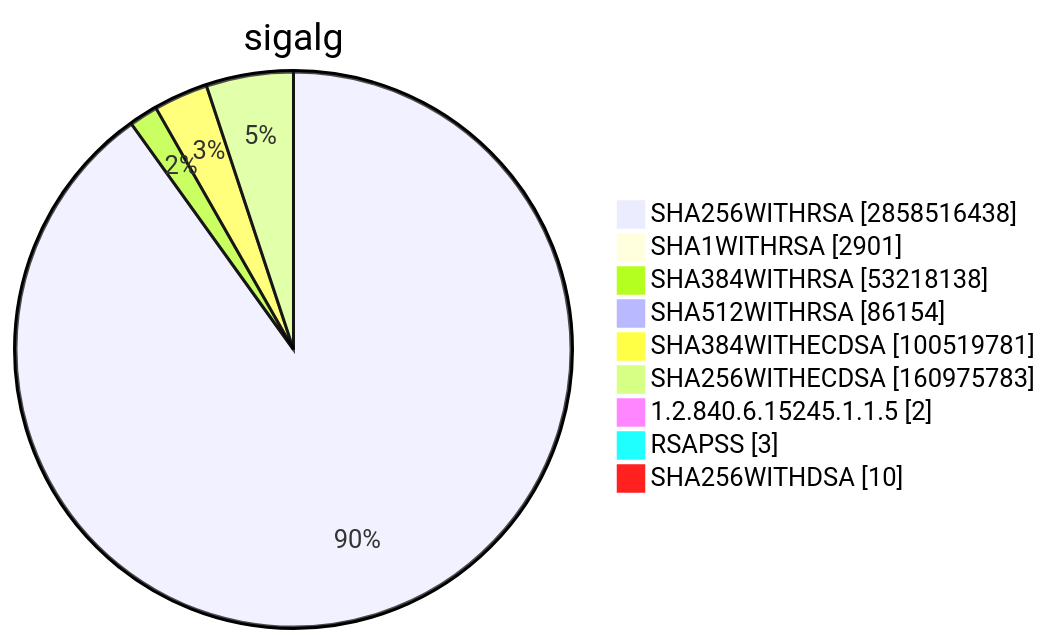
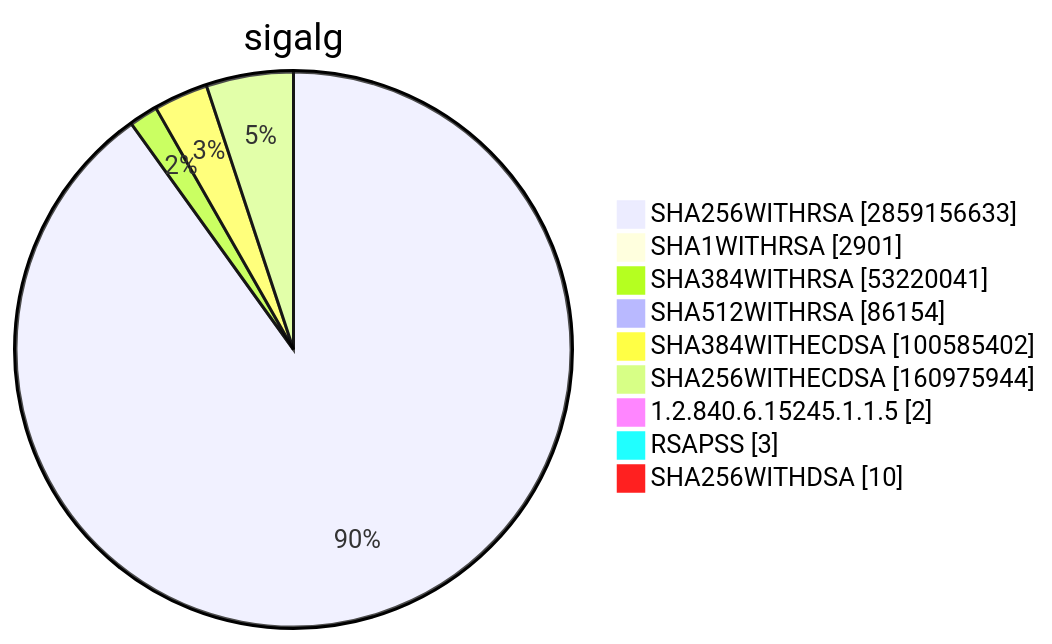
Diagram 15 of 15 in TOTAL/README.md (christiankrug/ctmonitor_visualization), drawn with Mermaid before and after one commit. The commit also changed other lines of this file, not shown here.

````diff
--- a/TOTAL/README.md
+++ b/TOTAL/README.md
@@ -6207,13 +6207,13 @@
 ```mermaid
 pie showData
 title sigalg
-"SHA256WITHRSA" :2858516438
+"SHA256WITHRSA" :2859156633
 "SHA1WITHRSA" :2901
-"SHA384WITHRSA" :53218138
+"SHA384WITHRSA" :53220041
 "SHA512WITHRSA" :86154
-"SHA384WITHECDSA" :100519781
-"SHA256WITHECDSA" :160975783
+"SHA384WITHECDSA" :100585402
+"SHA256WITHECDSA" :160975944
 "1.2.840.6.15245.1.1.5" :2
 "RSAPSS" :3
 "SHA256WITHDSA" :10
 ```
````
